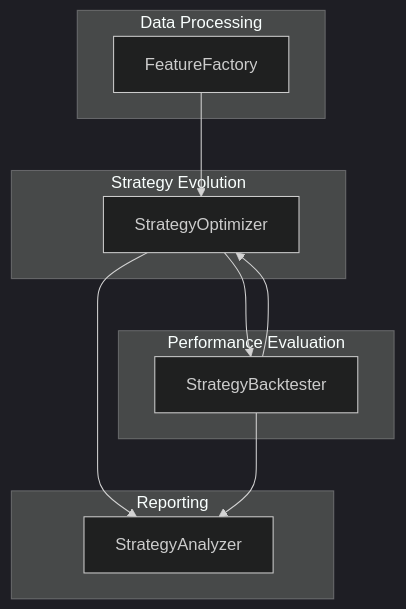
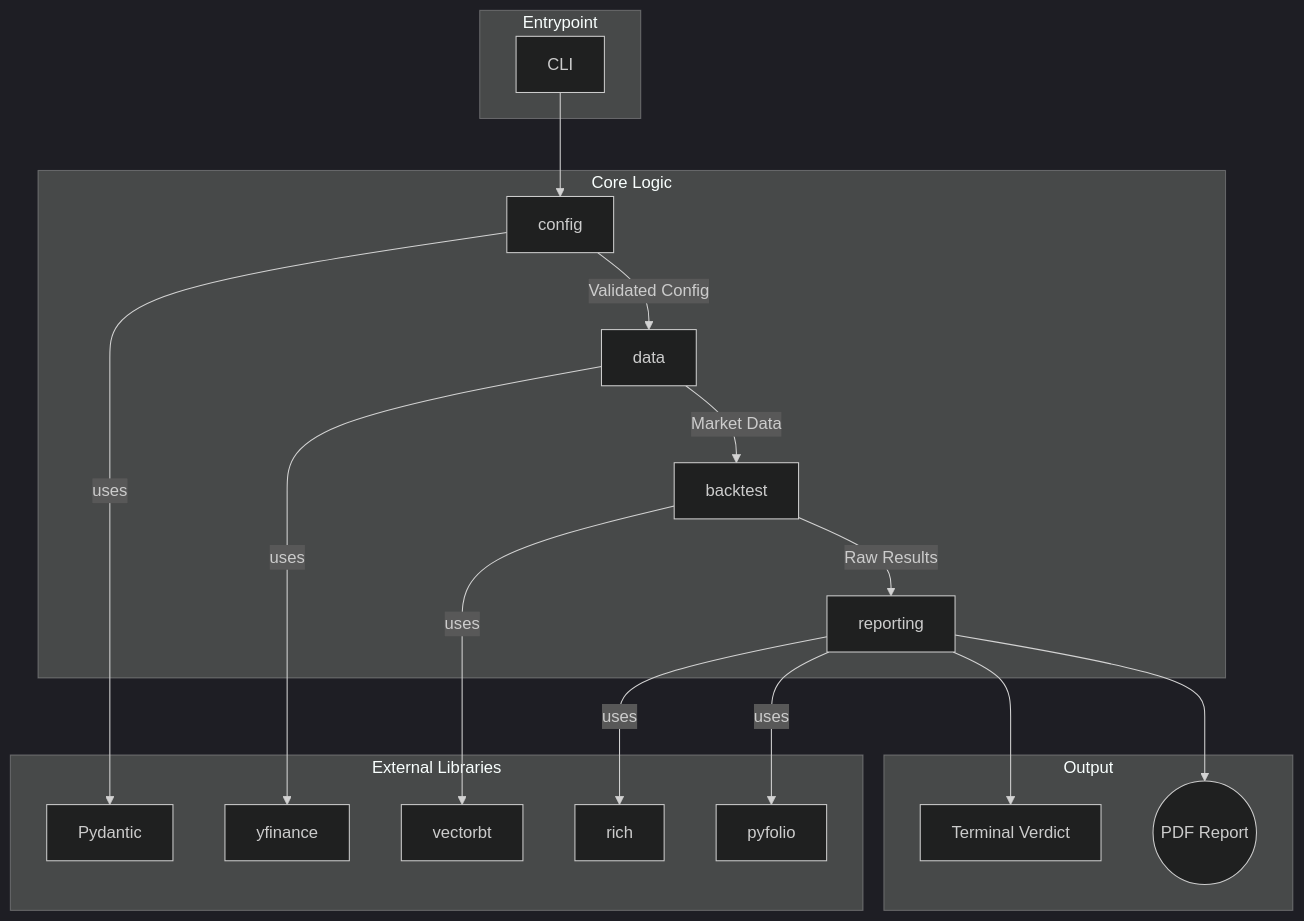
The first of 2 diagrams in docs/architecture.md (vijayanajay/simplest), drawn with Mermaid (dark theme) before and after one commit. The commit also changed other lines of this file and 32 other files, not shown here.

````diff
--- a/docs/architecture.md
+++ b/docs/architecture.md
@@ -28,24 +77,38 @@
 ```mermaid
 graph TD
-    FF[FeatureFactory] --> SO[StrategyOptimizer]
-    SO --> SB[StrategyBacktester]
-    SB --> SO
-    SO --> SA[StrategyAnalyzer]
-    SB --> SA
-    
-    subgraph "Data Processing"
-        FF
+    subgraph "Entrypoint"
+        CLI
     end
-    
-    subgraph "Strategy Evolution"
-        SO
+
+    subgraph "Core Logic"
+        ConfigModule[config]
+        DataModule[data]
+        BacktestModule[backtest]
+        ReportingModule[reporting]
     end
-    
-    subgraph "Performance Evaluation"
-        SB
+
+    subgraph "External Libraries"
+        Pydantic
+        yfinance
+        vectorbt
+        rich
+        pyfolio
     end
-    
-    subgraph "Reporting"
-        SA
+
+    subgraph "Output"
+        TerminalOutput[Terminal Verdict]
+        PDFReport((PDF Report))
     end
+
+    CLI --> ConfigModule
+    ConfigModule --uses--> Pydantic
+    ConfigModule --Validated Config--> DataModule
+    DataModule --uses--> yfinance
+    DataModule --Market Data--> BacktestModule
+    BacktestModule --uses--> vectorbt
+    BacktestModule --Raw Results--> ReportingModule
+    ReportingModule --uses--> rich
+    ReportingModule --uses--> pyfolio
+    ReportingModule --> TerminalOutput
+    ReportingModule --> PDFReport
 ```
````
